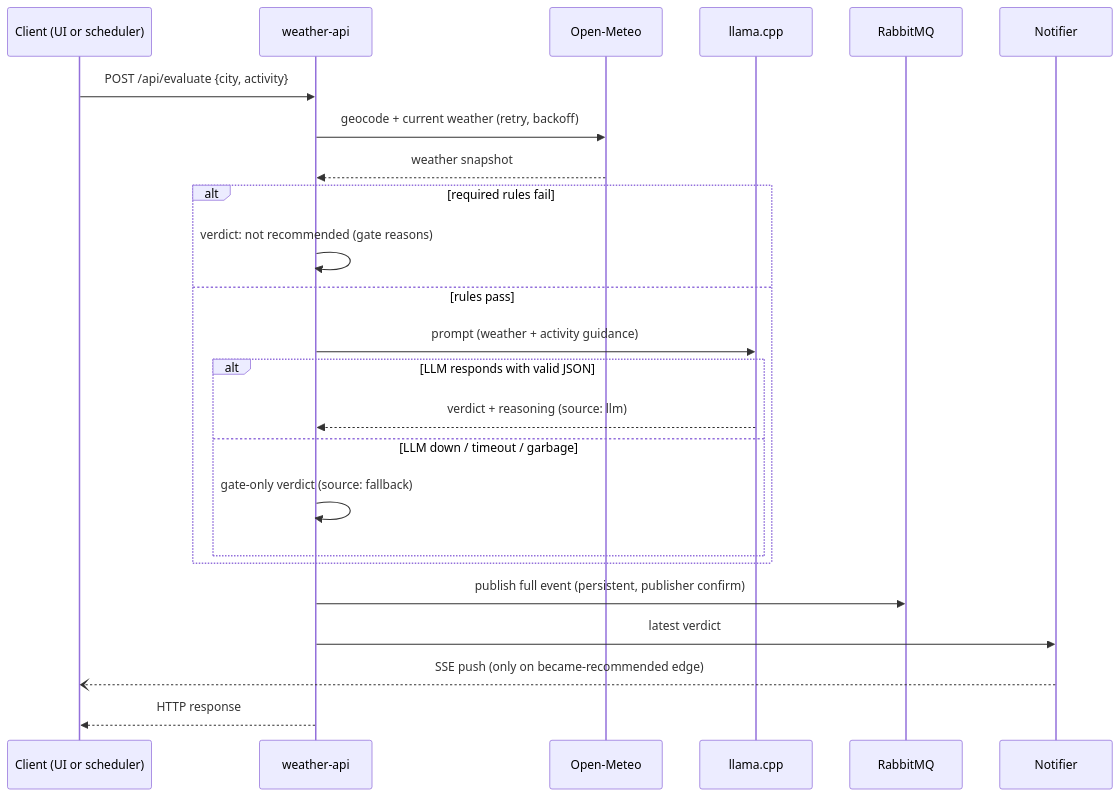
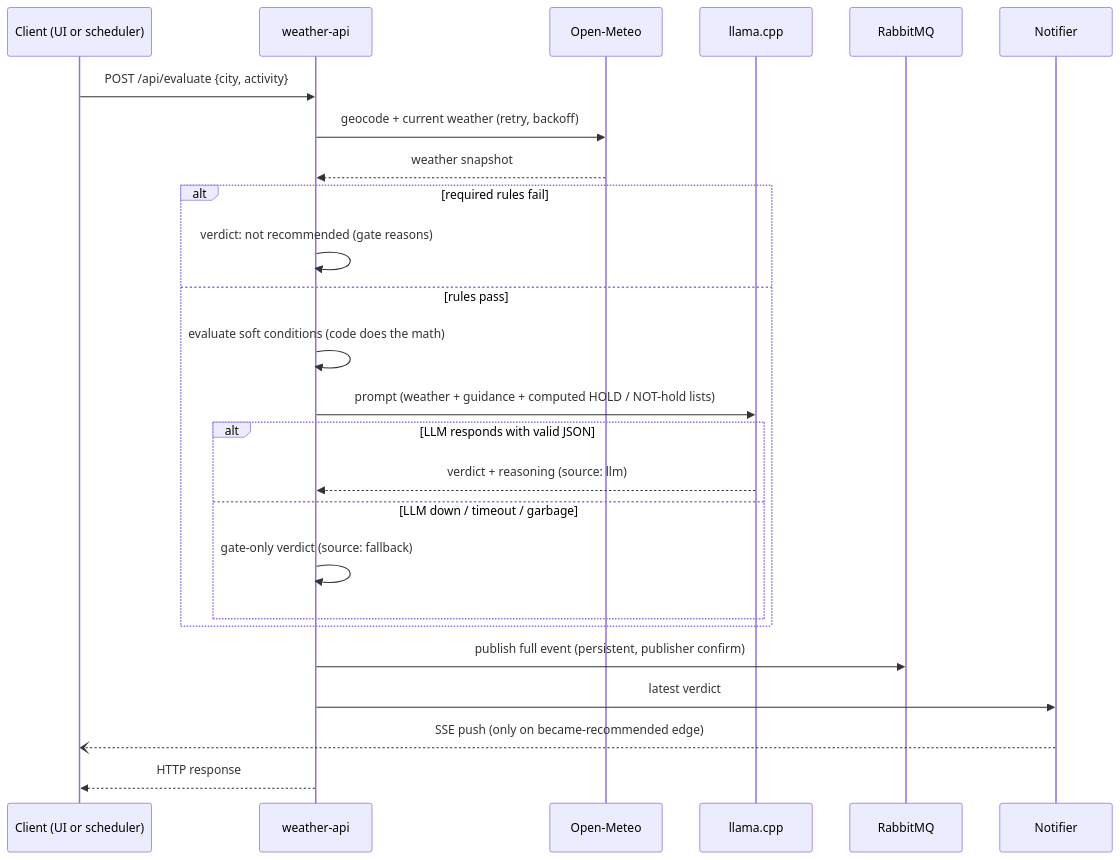
One commit to ChefControl/what-da-weather changed the third of 3 diagrams in DESIGN.md. Above: the diagram before and after it, drawn with Mermaid. The commit also changed other lines of this file and 6 other files, not shown here.

First line of the commit message:
Fact presentation without a guard: code computes conditions, LLM's verdict is final

````diff
--- a/DESIGN.md
+++ b/DESIGN.md
@@ -119,27 +123,28 @@
 ```mermaid
 sequenceDiagram
     participant C as Client (UI or scheduler)
     participant A as weather-api
     participant OM as Open-Meteo
     participant L as llama.cpp
     participant Q as RabbitMQ
     participant N as Notifier
 
     C->>A: POST /api/evaluate {city, activity}
     A->>OM: geocode + current weather (retry, backoff)
     OM-->>A: weather snapshot
     alt required rules fail
         A->>A: verdict: not recommended (gate reasons)
     else rules pass
-        A->>L: prompt (weather + activity guidance)
+        A->>A: evaluate soft conditions (code does the math)
+        A->>L: prompt (weather + guidance + computed HOLD / NOT-hold lists)
         alt LLM responds with valid JSON
             L-->>A: verdict + reasoning (source: llm)
         else LLM down / timeout / garbage
             A->>A: gate-only verdict (source: fallback)
         end
     end
     A->>Q: publish full event (persistent, publisher confirm)
     A->>N: latest verdict
     N--)C: SSE push (only on became-recommended edge)
     A-->>C: HTTP response
 ```
````
